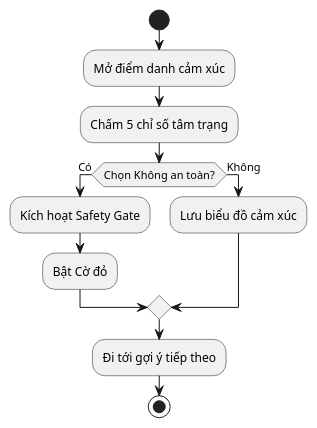
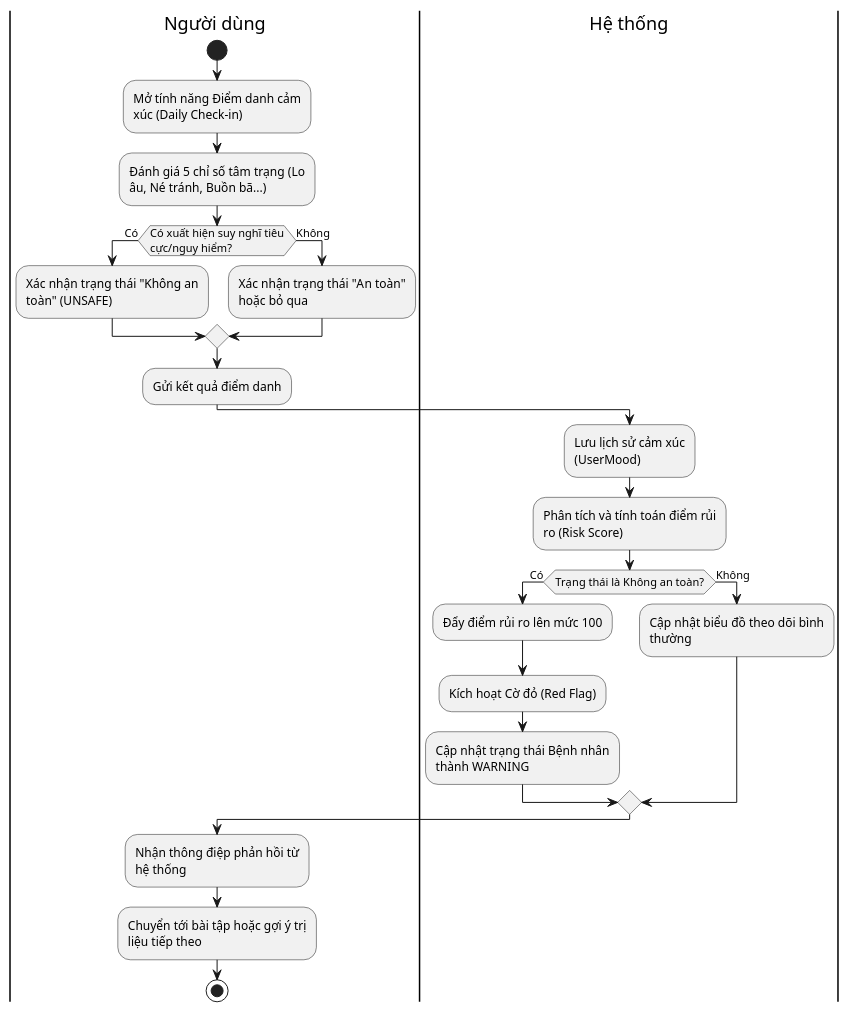
Before and after one commit to phuongtech24/do_an: the diagram in docs/diagrams/Bieudohoatdong/uc04_daily_checkin_bieudohoatdong.puml, drawn with PlantUML. The commit also changed 33 other files, not shown here.

Commit message:
[Add]: Thêm tính năng xác thực qua email khi login và đăng ký

```diff
--- a/docs/diagrams/Bieudohoatdong/uc04_daily_checkin_bieudohoatdong.puml
+++ b/docs/diagrams/Bieudohoatdong/uc04_daily_checkin_bieudohoatdong.puml
@@ -1,14 +1,32 @@
 @startuml
 skinparam defaultFontName "Times New Roman"
+skinparam wrapWidth 180
+skinparam NodePadding 20
+
+|Người dùng|
 start
-:Mở điểm danh cảm xúc;
-:Chấm 5 chỉ số tâm trạng;
-if (Chọn Không an toàn?) then (Có)
-  :Kích hoạt Safety Gate;
-  :Bật Cờ đỏ;
+:Mở tính năng Điểm danh cảm xúc (Daily Check-in);
+:Đánh giá 5 chỉ số tâm trạng (Lo âu, Né tránh, Buồn bã...);
+if (Có xuất hiện suy nghĩ tiêu cực/nguy hiểm?) then (Có)
+  :Xác nhận trạng thái "Không an toàn" (UNSAFE);
 else (Không)
-  :Lưu biểu đồ cảm xúc;
+  :Xác nhận trạng thái "An toàn" hoặc bỏ qua;
 endif
-:Đi tới gợi ý tiếp theo;
+:Gửi kết quả điểm danh;
+
+|Hệ thống|
+:Lưu lịch sử cảm xúc (UserMood);
+:Phân tích và tính toán điểm rủi ro (Risk Score);
+if (Trạng thái là Không an toàn?) then (Có)
+  :Đẩy điểm rủi ro lên mức 100;
+  :Kích hoạt Cờ đỏ (Red Flag);
+  :Cập nhật trạng thái Bệnh nhân thành WARNING;
+else (Không)
+  :Cập nhật biểu đồ theo dõi bình thường;
+endif
+
+|Người dùng|
+:Nhận thông điệp phản hồi từ hệ thống;
+:Chuyển tới bài tập hoặc gợi ý trị liệu tiếp theo;
 stop
 @enduml
```
